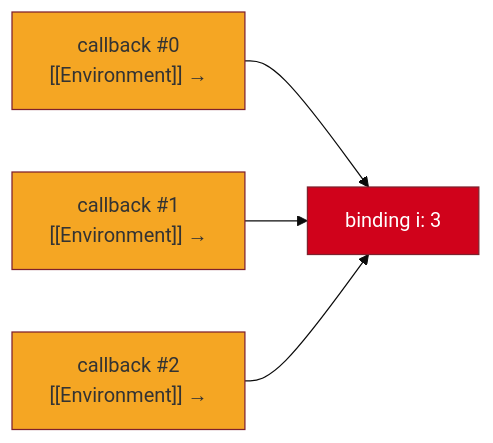
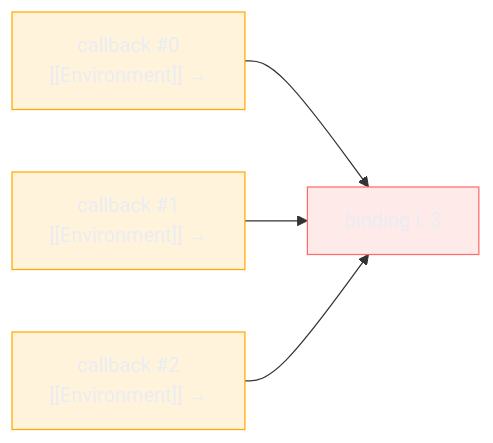
Before and after one commit to josenaldo/codex-technomanticus: the second of 2 diagrams in 03-Dominios/Tecnologia/JavaScript/10 - Closures.md, drawn with Mermaid. The commit also changed other lines of this file and 1181 other files, not shown here.

First line of the commit message:
fix(diagramas): paleta do sistema no lugar de cor cravada no markdown

````diff
--- a/03-Dominios/Tecnologia/JavaScript/10 - Closures.md
+++ b/03-Dominios/Tecnologia/JavaScript/10 - Closures.md
@@ -231,12 +232,13 @@
 ```mermaid
-%%{init: {"theme": "base", "themeVariables": {"primaryColor": "#D0021B"}}}%%
 graph LR
+    classDef falha fill:#FF6B6B24,stroke:#FF6B6B,color:#E9ECF2
+    classDef destaque fill:#FFAA0024,stroke:#FFAA00,color:#E9ECF2
     B1["callback #0\n[[Environment]] →"] --> S["binding i: 3"]
     B2["callback #1\n[[Environment]] →"] --> S
     B3["callback #2\n[[Environment]] →"] --> S
 
-    style S fill:#D0021B,color:#fff
-    style B1 fill:#F5A623
-    style B2 fill:#F5A623
-    style B3 fill:#F5A623
+    class S falha
+    class B1 destaque
+    class B2 destaque
+    class B3 destaque
 ```
````
